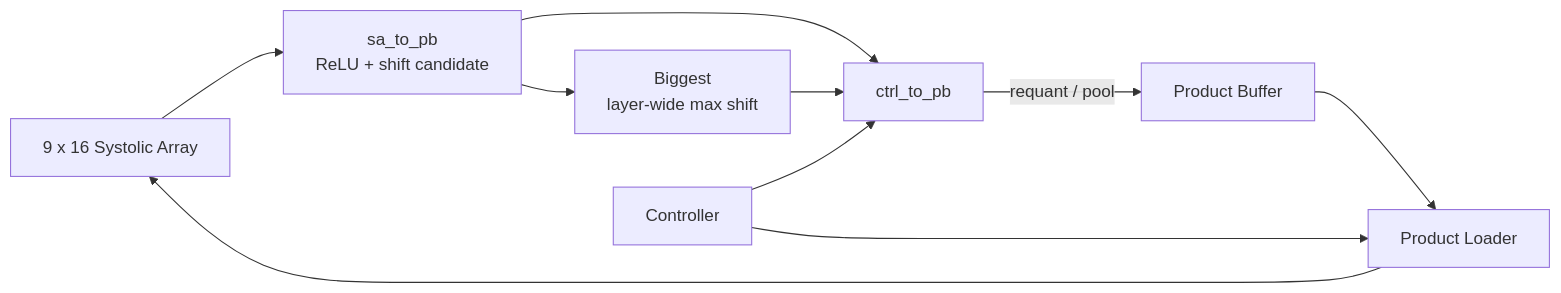
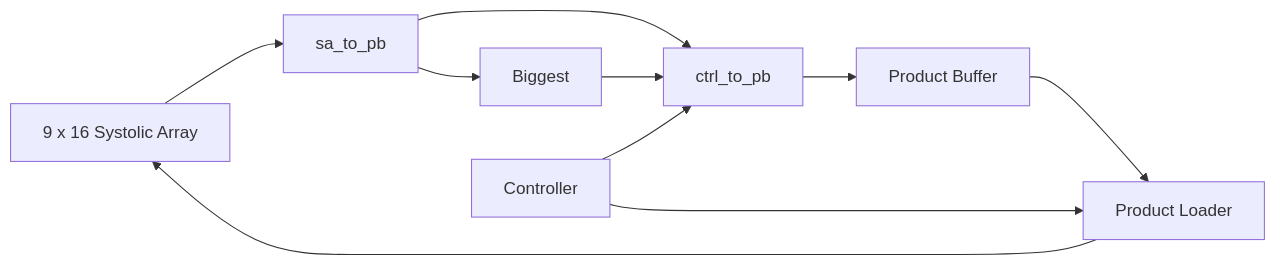
One commit to kooseo1296-debug/Project-2 changed the second of 2 diagrams in docs/Experiments.md. Above: the diagram before and after it, drawn with Mermaid. The commit also changed other lines of this file, not shown here.

````diff
--- a/docs/Experiments.md
+++ b/docs/Experiments.md
@@ -796,14 +415,12 @@
 ```mermaid
 flowchart LR
-    SA[9 x 16 Systolic Array] --> SP[sa_to_pb
-ReLU + shift candidate]
-    SP --> BG[Biggest
-layer-wide max shift]
+    SA[9 x 16 Systolic Array] --> SP[sa_to_pb]
+    SP --> BG[Biggest]
     SP --> CP[ctrl_to_pb]
     BG --> CP
-    CP -->|requant / pool| PB[Product Buffer]
+    CP --> PB[Product Buffer]
     PB --> PL[Product Loader]
     PL --> SA
     C[Controller] --> CP
     C --> PL
 ```
````
